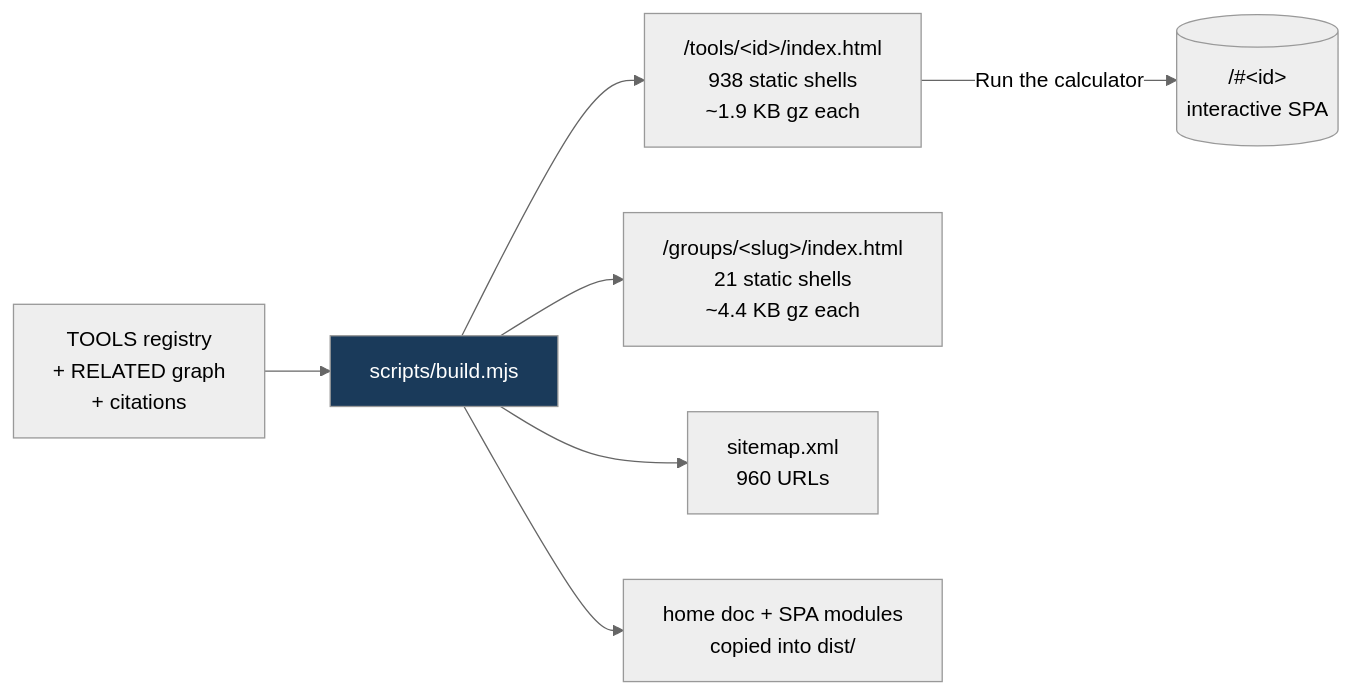
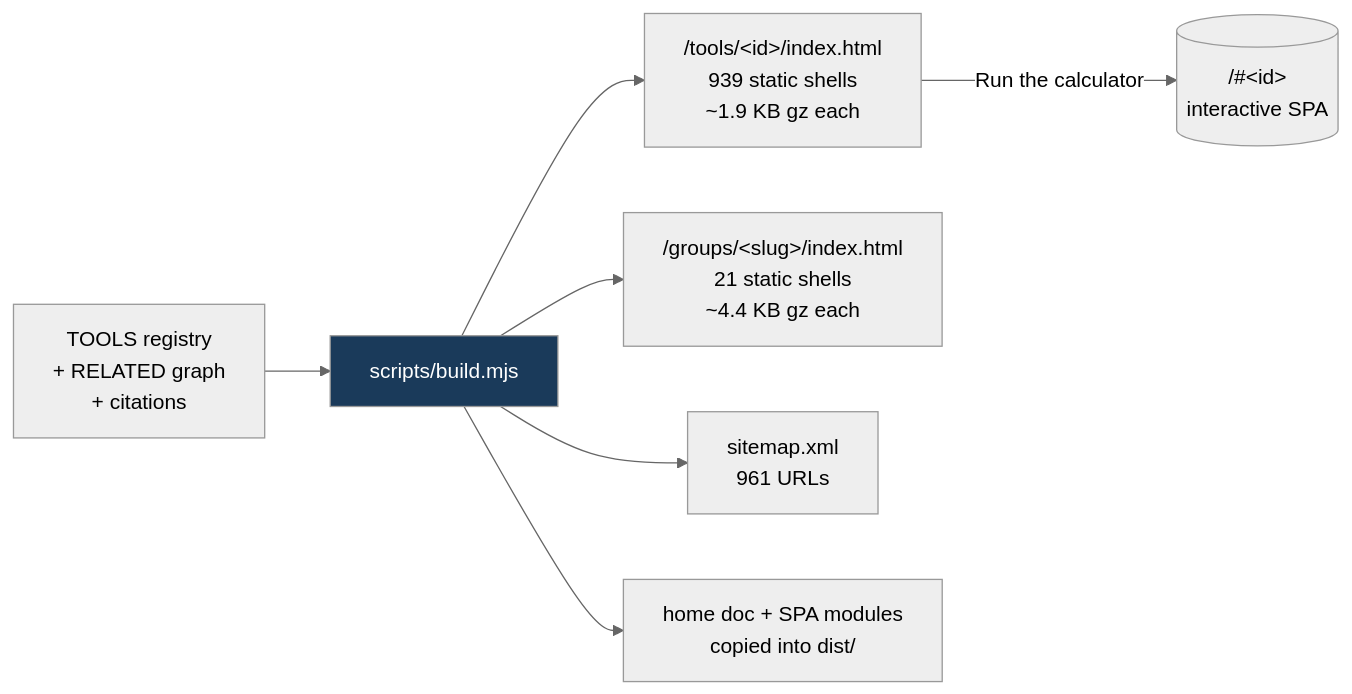
One commit to clay-good/roughlogic.com changed the fifth of 8 diagrams in README.md. Above: the diagram before and after it, drawn with Mermaid (neutral theme). The commit also changed other lines of this file and 17 other files, not shown here.

````diff
--- a/README.md
+++ b/README.md
@@ -495,10 +495,10 @@
 ```mermaid
 flowchart LR
     SRC[TOOLS registry\n+ RELATED graph\n+ citations] --> BUILD[scripts/build.mjs]
-    BUILD --> TILE["/tools/&lt;id&gt;/index.html\n938 static shells\n~1.9 KB gz each"]
+    BUILD --> TILE["/tools/&lt;id&gt;/index.html\n939 static shells\n~1.9 KB gz each"]
     BUILD --> GROUP["/groups/&lt;slug&gt;/index.html\n21 static shells\n~4.4 KB gz each"]
-    BUILD --> MAP["sitemap.xml\n960 URLs"]
+    BUILD --> MAP["sitemap.xml\n961 URLs"]
     BUILD --> COPY[home doc + SPA modules\ncopied into dist/]
     TILE -->|Run the calculator| SPA[("/#&lt;id&gt;\ninteractive SPA")]
     style BUILD fill:#1a3a5a,color:#fff
 ```
````
